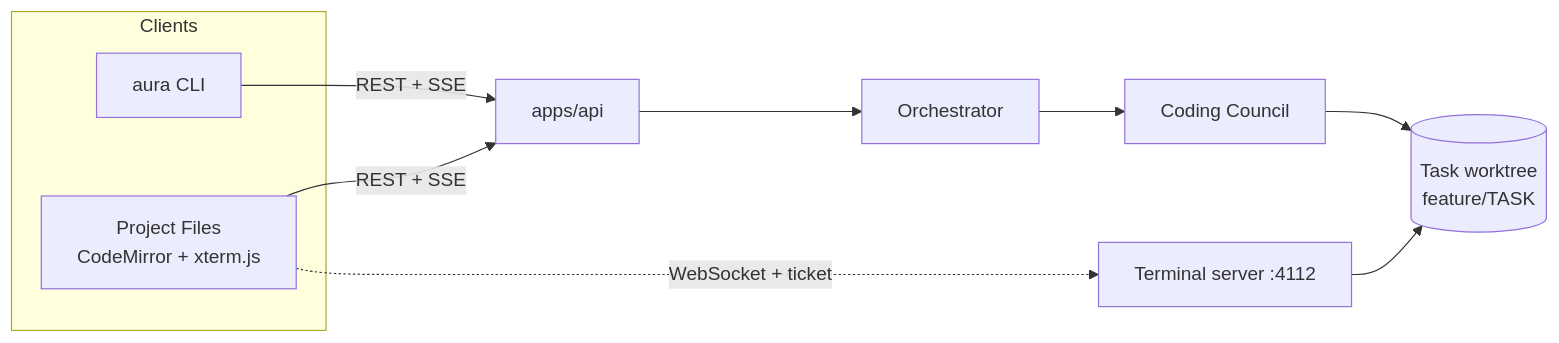
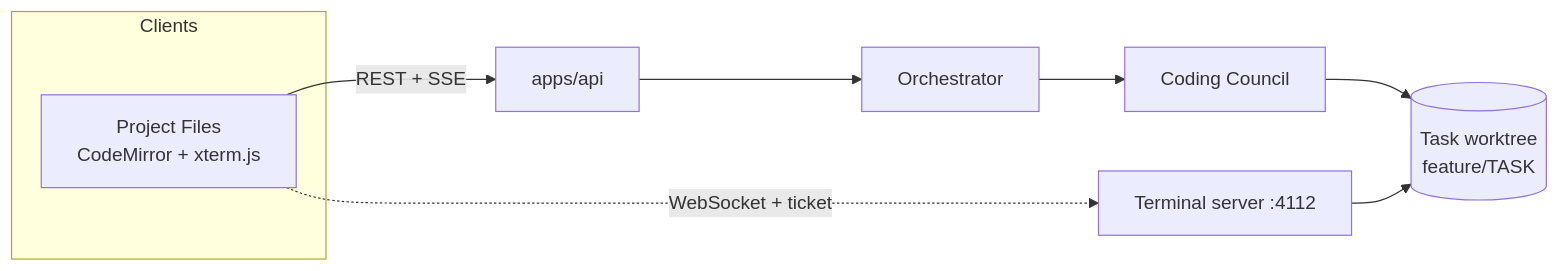
One commit to HasithaErandika/aura changed the first of 3 diagrams in docs/plans/aura-code-cli-council.md. Above: the diagram before and after it, drawn with Mermaid. The commit also changed other lines of this file and 27 other files, not shown here.

First line of the commit message:
feat: runtime state in Postgres (Part B); remove the aura CLI

````diff
--- a/docs/plans/aura-code-cli-council.md
+++ b/docs/plans/aura-code-cli-council.md
@@ -15,14 +15,12 @@
 ```mermaid
 flowchart LR
     subgraph CLIENTS["Clients"]
-        CLI["aura CLI"]
         WEB["Project Files<br/>CodeMirror + xterm.js"]
     end
-    CLI -->|"REST + SSE"| API["apps/api"]
-    WEB -->|"REST + SSE"| API
+    WEB -->|"REST + SSE"| API["apps/api"]
     WEB -.->|"WebSocket + ticket"| TERM["Terminal server :4112"]
     API --> ORCH["Orchestrator"]
     ORCH --> COUNCIL["Coding Council"]
     COUNCIL --> WT[("Task worktree<br/>feature/TASK")]
     TERM --> WT
 ```
````
